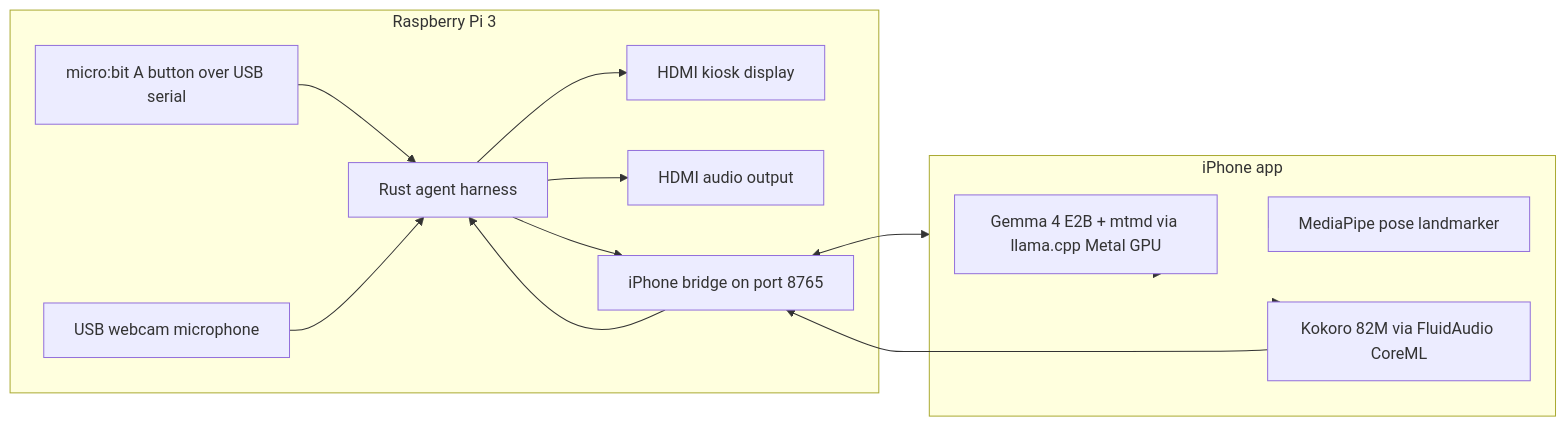
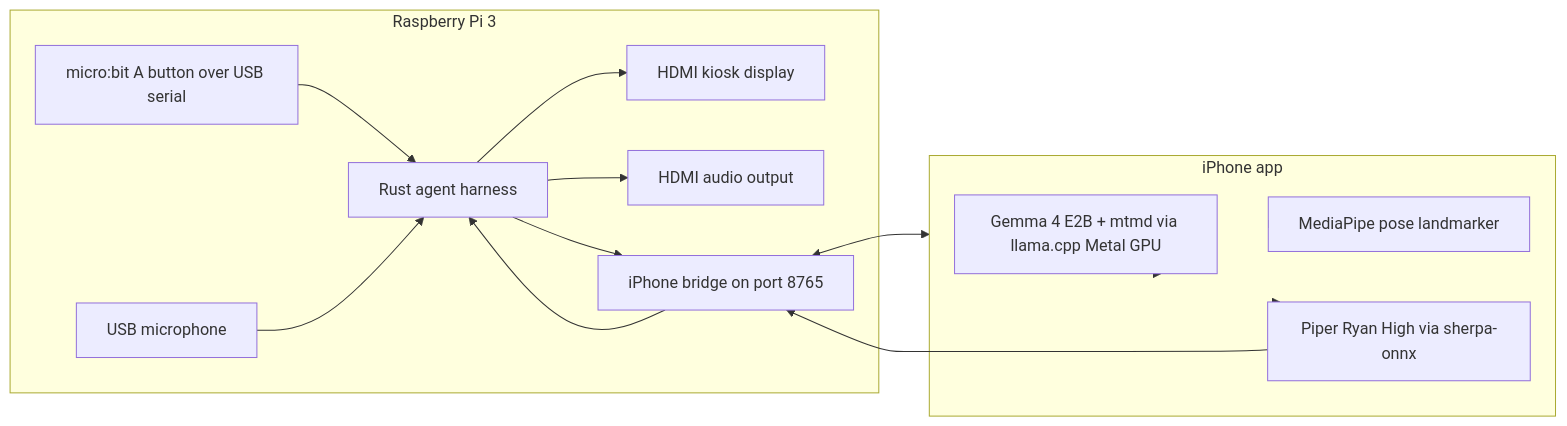
One commit to max1vol/gemma4-robot changed the first of 2 diagrams in README.md. Above: the diagram before and after it, drawn with Mermaid. The commit also changed other lines of this file and 69 other files, not shown here.

Commit message:
Document Gemma4 omni robot architecture

````diff
--- a/README.md
+++ b/README.md
@@ -31,29 +43,29 @@
 ```mermaid
 flowchart LR
   subgraph Pi["Raspberry Pi 3"]
     Button["micro:bit A button over USB serial"]
-    Mic["USB webcam microphone"]
+    Mic["USB microphone"]
     Kiosk["HDMI kiosk display"]
     Speaker["HDMI audio output"]
     Harness["Rust agent harness"]
     Bridge["iPhone bridge on port 8765"]
   end
 
   subgraph Phone["iPhone app"]
     Gemma["Gemma 4 E2B + mtmd via llama.cpp Metal GPU"]
     Pose["MediaPipe pose landmarker"]
-    TTS["Kokoro 82M via FluidAudio CoreML"]
+    TTS["Piper Ryan High via sherpa-onnx"]
   end
 
   Button --> Harness
   Mic --> Harness
   Harness --> Kiosk
   Harness --> Bridge
   Bridge <--> Phone
   Phone --> Gemma
   Phone --> Pose
   Phone --> TTS
   TTS --> Bridge
   Bridge --> Harness
   Harness --> Speaker
 ```
````
